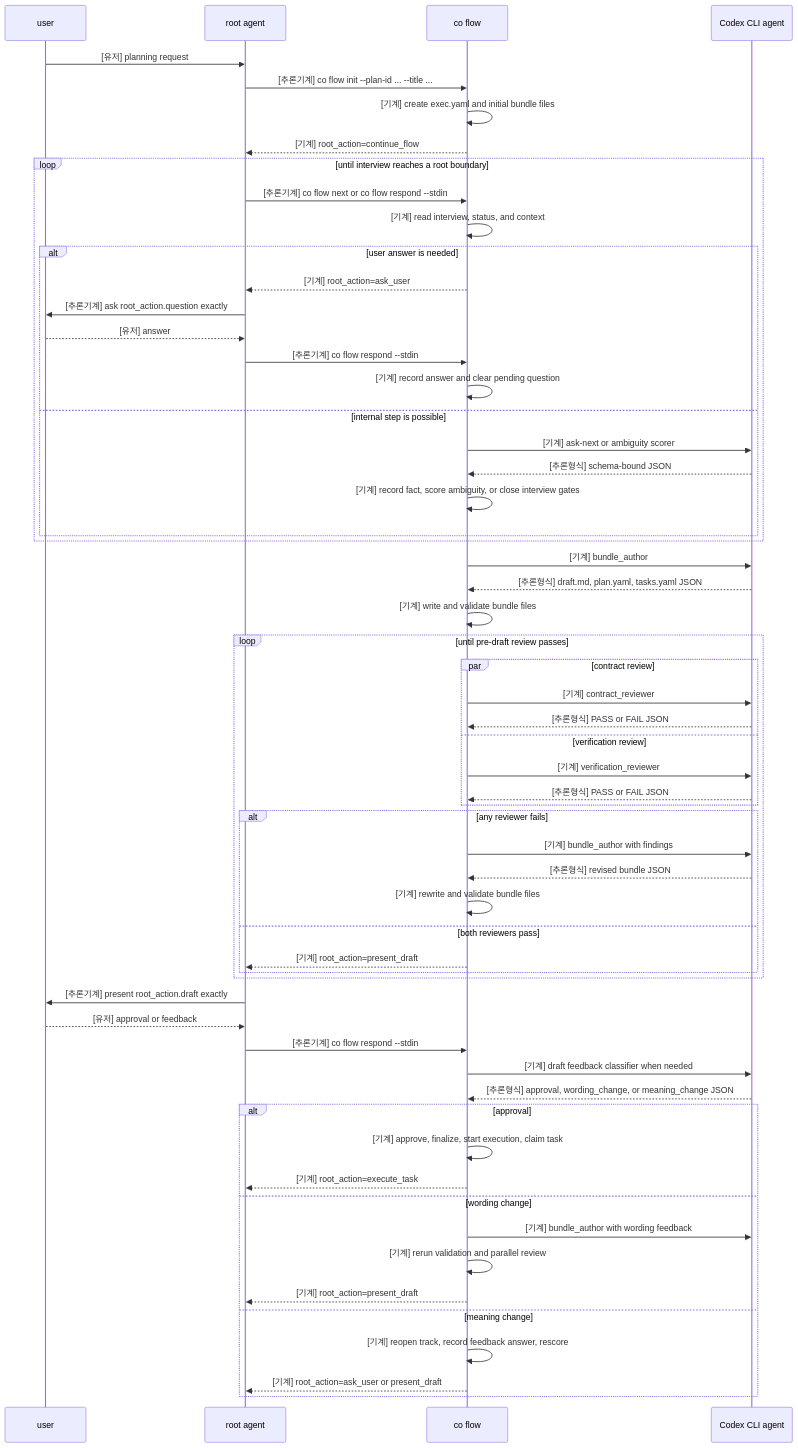
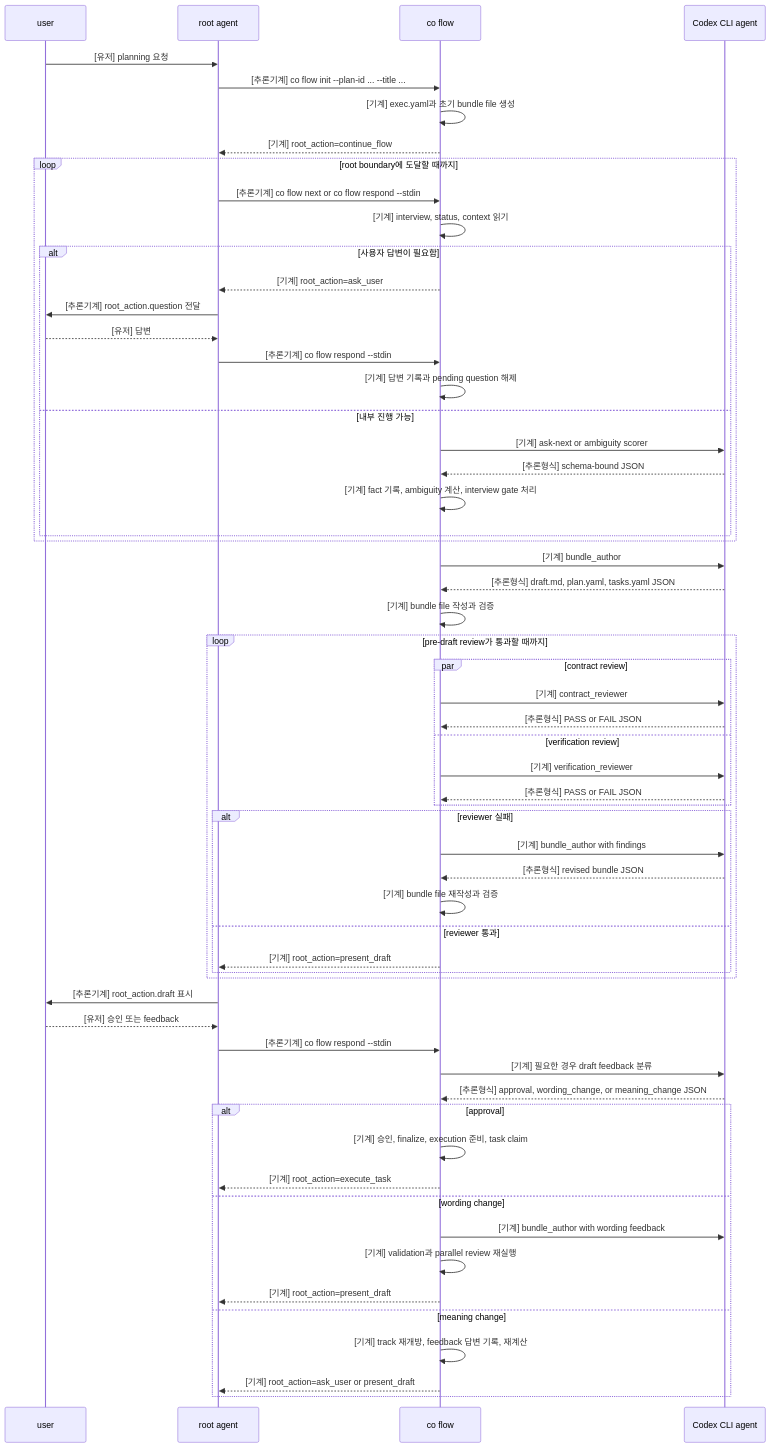
Before and after one commit to mym0404/coflow: the first of 2 diagrams in COPLAN.md, drawn with Mermaid. The commit also changed other lines of this file and 7 other files, not shown here.

Commit message:
fix: tighten co flow root contract

````diff
--- a/COPLAN.md
+++ b/COPLAN.md
@@ -8,66 +8,66 @@
 ```mermaid
 sequenceDiagram
   participant User as user
   participant Root as root agent
   participant Co as co flow
   participant Agent as Codex CLI agent
 
-  User->>Root: [유저] planning request
+  User->>Root: [유저] planning 요청
   Root->>Co: [추론기계] co flow init --plan-id ... --title ...
-  Co->>Co: [기계] create exec.yaml and initial bundle files
+  Co->>Co: [기계] exec.yaml과 초기 bundle file 생성
   Co-->>Root: [기계] root_action=continue_flow
 
-  loop until interview reaches a root boundary
+  loop root boundary에 도달할 때까지
     Root->>Co: [추론기계] co flow next or co flow respond --stdin
-    Co->>Co: [기계] read interview, status, and context
-    alt user answer is needed
+    Co->>Co: [기계] interview, status, context 읽기
+    alt 사용자 답변이 필요함
       Co-->>Root: [기계] root_action=ask_user
-      Root->>User: [추론기계] ask root_action.question exactly
-      User-->>Root: [유저] answer
+      Root->>User: [추론기계] root_action.question 전달
+      User-->>Root: [유저] 답변
       Root->>Co: [추론기계] co flow respond --stdin
-      Co->>Co: [기계] record answer and clear pending question
-    else internal step is possible
+      Co->>Co: [기계] 답변 기록과 pending question 해제
+    else 내부 진행 가능
       Co->>Agent: [기계] ask-next or ambiguity scorer
       Agent-->>Co: [추론형식] schema-bound JSON
-      Co->>Co: [기계] record fact, score ambiguity, or close interview gates
+      Co->>Co: [기계] fact 기록, ambiguity 계산, interview gate 처리
     end
   end
 
   Co->>Agent: [기계] bundle_author
   Agent-->>Co: [추론형식] draft.md, plan.yaml, tasks.yaml JSON
-  Co->>Co: [기계] write and validate bundle files
+  Co->>Co: [기계] bundle file 작성과 검증
 
-  loop until pre-draft review passes
+  loop pre-draft review가 통과할 때까지
     par contract review
       Co->>Agent: [기계] contract_reviewer
       Agent-->>Co: [추론형식] PASS or FAIL JSON
     and verification review
       Co->>Agent: [기계] verification_reviewer
       Agent-->>Co: [추론형식] PASS or FAIL JSON
     end
-    alt any reviewer fails
+    alt reviewer 실패
       Co->>Agent: [기계] bundle_author with findings
       Agent-->>Co: [추론형식] revised bundle JSON
-      Co->>Co: [기계] rewrite and validate bundle files
-    else both reviewers pass
+      Co->>Co: [기계] bundle file 재작성과 검증
+    else reviewer 통과
       Co-->>Root: [기계] root_action=present_draft
     end
   end
 
-  Root->>User: [추론기계] present root_action.draft exactly
-  User-->>Root: [유저] approval or feedback
+  Root->>User: [추론기계] root_action.draft 표시
+  User-->>Root: [유저] 승인 또는 feedback
   Root->>Co: [추론기계] co flow respond --stdin
-  Co->>Agent: [기계] draft feedback classifier when needed
+  Co->>Agent: [기계] 필요한 경우 draft feedback 분류
   Agent-->>Co: [추론형식] approval, wording_change, or meaning_change JSON
   alt approval
-    Co->>Co: [기계] approve, finalize, start execution, claim task
+    Co->>Co: [기계] 승인, finalize, execution 준비, task claim
     Co-->>Root: [기계] root_action=execute_task
   else wording change
     Co->>Agent: [기계] bundle_author with wording feedback
-    Co->>Co: [기계] rerun validation and parallel review
+    Co->>Co: [기계] validation과 parallel review 재실행
     Co-->>Root: [기계] root_action=present_draft
   else meaning change
-    Co->>Co: [기계] reopen track, record feedback answer, rescore
+    Co->>Co: [기계] track 재개방, feedback 답변 기록, 재계산
     Co-->>Root: [기계] root_action=ask_user or present_draft
   end
 ```
````
